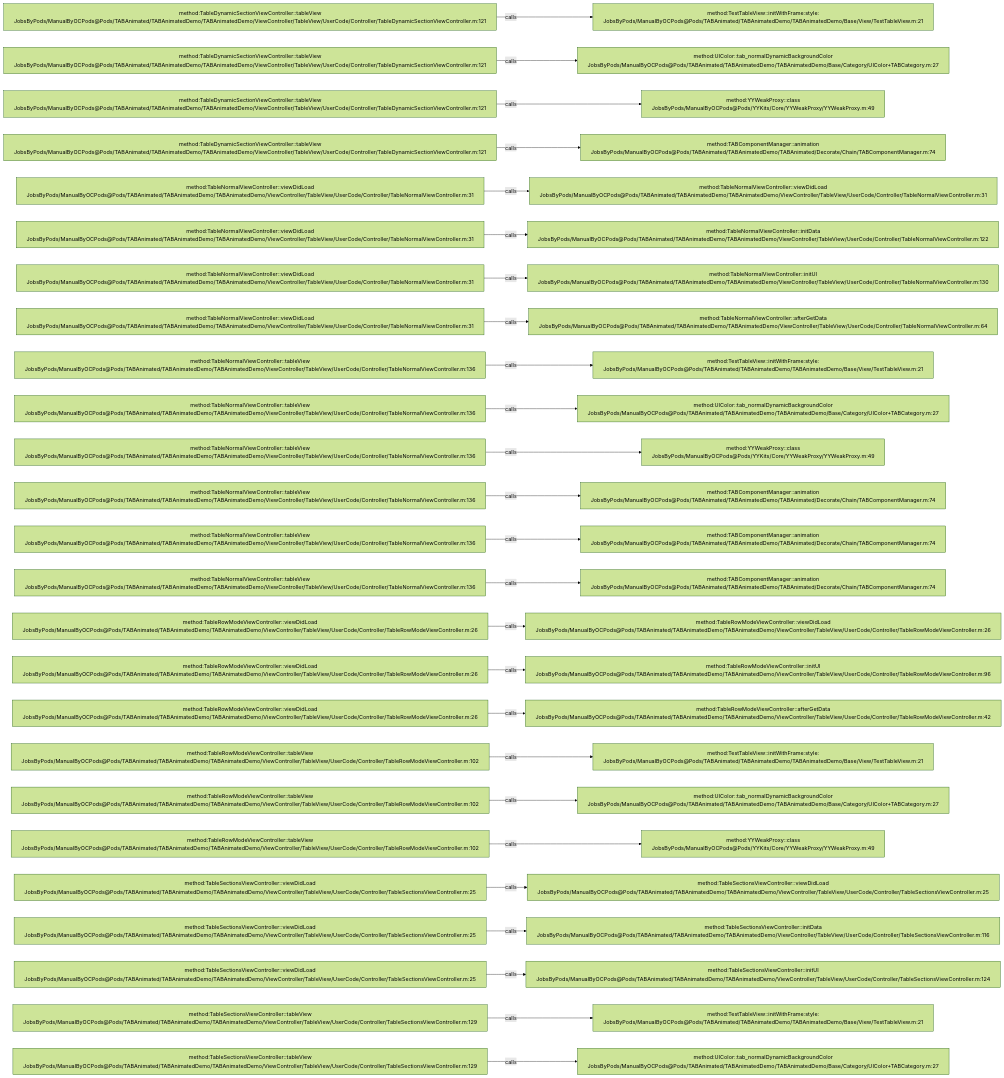
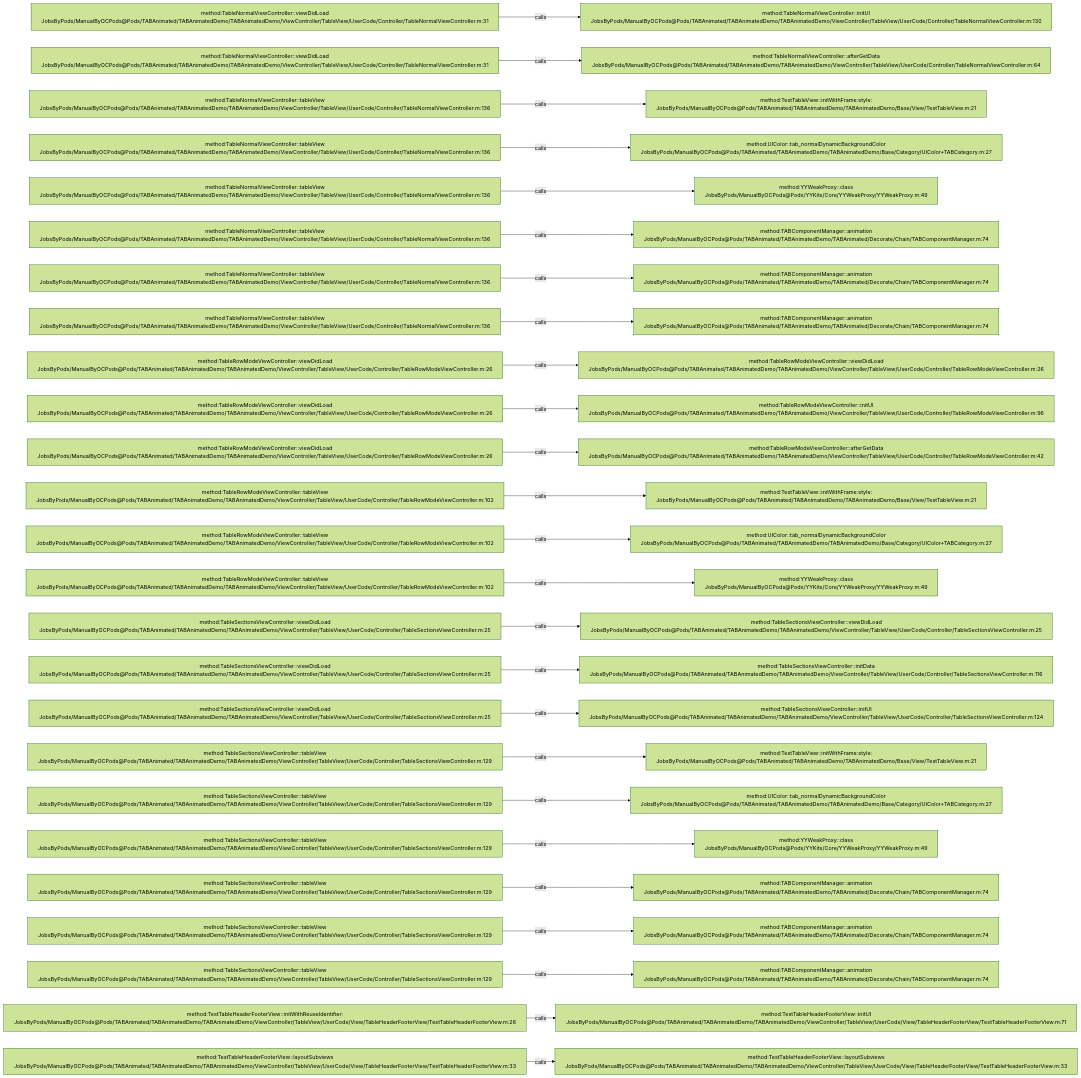
Before and after one commit to JobsKits/JobsOCBaseConfigDemo: the diagram in .codegraph/codegraph.md/graphs/calls-057.md, drawn with Mermaid (forest theme). The commit also changed 666 other files, not shown here.

````diff
--- a/.codegraph/codegraph.md/graphs/calls-057.md
+++ b/.codegraph/codegraph.md/graphs/calls-057.md
@@ -13,78 +13,78 @@
 ```mermaid
 flowchart LR
-  S1["method:TableDynamicSectionViewController::tableView<br/>JobsByPods/ManualByOCPods@Pods/TABAnimated/TABAnimatedDemo/TABAnimatedDemo/ViewController/TableView/UserCode/Controller/TableDynamicSectionViewController.m:121"]
-  T1["method:TestTableView::initWithFrame:style:<br/>JobsByPods/ManualByOCPods@Pods/TABAnimated/TABAnimatedDemo/TABAnimatedDemo/Base/View/TestTableView.m:21"]
+  S1["method:TableNormalViewController::viewDidLoad<br/>JobsByPods/ManualByOCPods@Pods/TABAnimated/TABAnimatedDemo/TABAnimatedDemo/ViewController/TableView/UserCode/Controller/TableNormalViewController.m:31"]
+  T1["method:TableNormalViewController::initUI<br/>JobsByPods/ManualByOCPods@Pods/TABAnimated/TABAnimatedDemo/TABAnimatedDemo/ViewController/TableView/UserCode/Controller/TableNormalViewController.m:130"]
   S1 -->|calls| T1
-  S2["method:TableDynamicSectionViewController::tableView<br/>JobsByPods/ManualByOCPods@Pods/TABAnimated/TABAnimatedDemo/TABAnimatedDemo/ViewController/TableView/UserCode/Controller/TableDynamicSectionViewController.m:121"]
-  T2["method:UIColor::tab_normalDynamicBackgroundColor<br/>JobsByPods/ManualByOCPods@Pods/TABAnimated/TABAnimatedDemo/TABAnimatedDemo/Base/Category/UIColor+TABCategory.m:27"]
+  S2["method:TableNormalViewController::viewDidLoad<br/>JobsByPods/ManualByOCPods@Pods/TABAnimated/TABAnimatedDemo/TABAnimatedDemo/ViewController/TableView/UserCode/Controller/TableNormalViewController.m:31"]
+  T2["method:TableNormalViewController::afterGetData<br/>JobsByPods/ManualByOCPods@Pods/TABAnimated/TABAnimatedDemo/TABAnimatedDemo/ViewController/TableView/UserCode/Controller/TableNormalViewController.m:64"]
   S2 -->|calls| T2
-  S3["method:TableDynamicSectionViewController::tableView<br/>JobsByPods/ManualByOCPods@Pods/TABAnimated/TABAnimatedDemo/TABAnimatedDemo/ViewController/TableView/UserCode/Controller/TableDynamicSectionViewController.m:121"]
-  T3["method:YYWeakProxy::class<br/>JobsByPods/ManualByOCPods@Pods/YYKits/Core/YYWeakProxy/YYWeakProxy.m:49"]
+  S3["method:TableNormalViewController::tableView<br/>JobsByPods/ManualByOCPods@Pods/TABAnimated/TABAnimatedDemo/TABAnimatedDemo/ViewController/TableView/UserCode/Controller/TableNormalViewController.m:136"]
+  T3["method:TestTableView::initWithFrame:style:<br/>JobsByPods/ManualByOCPods@Pods/TABAnimated/TABAnimatedDemo/TABAnimatedDemo/Base/View/TestTableView.m:21"]
   S3 -->|calls| T3
-  S4["method:TableDynamicSectionViewController::tableView<br/>JobsByPods/ManualByOCPods@Pods/TABAnimated/TABAnimatedDemo/TABAnimatedDemo/ViewController/TableView/UserCode/Controller/TableDynamicSectionViewController.m:121"]
-  T4["method:TABComponentManager::animation<br/>JobsByPods/ManualByOCPods@Pods/TABAnimated/TABAnimatedDemo/TABAnimated/Decorate/Chain/TABComponentManager.m:74"]
+  S4["method:TableNormalViewController::tableView<br/>JobsByPods/ManualByOCPods@Pods/TABAnimated/TABAnimatedDemo/TABAnimatedDemo/ViewController/TableView/UserCode/Controller/TableNormalViewController.m:136"]
+  T4["method:UIColor::tab_normalDynamicBackgroundColor<br/>JobsByPods/ManualByOCPods@Pods/TABAnimated/TABAnimatedDemo/TABAnimatedDemo/Base/Category/UIColor+TABCategory.m:27"]
   S4 -->|calls| T4
-  S5["method:TableNormalViewController::viewDidLoad<br/>JobsByPods/ManualByOCPods@Pods/TABAnimated/TABAnimatedDemo/TABAnimatedDemo/ViewController/TableView/UserCode/Controller/TableNormalViewController.m:31"]
-  T5["method:TableNormalViewController::viewDidLoad<br/>JobsByPods/ManualByOCPods@Pods/TABAnimated/TABAnimatedDemo/TABAnimatedDemo/ViewController/TableView/UserCode/Controller/TableNormalViewController.m:31"]
+  S5["method:TableNormalViewController::tableView<br/>JobsByPods/ManualByOCPods@Pods/TABAnimated/TABAnimatedDemo/TABAnimatedDemo/ViewController/TableView/UserCode/Controller/TableNormalViewController.m:136"]
+  T5["method:YYWeakProxy::class<br/>JobsByPods/ManualByOCPods@Pods/YYKits/Core/YYWeakProxy/YYWeakProxy.m:49"]
   S5 -->|calls| T5
-  S6["method:TableNormalViewController::viewDidLoad<br/>JobsByPods/ManualByOCPods@Pods/TABAnimated/TABAnimatedDemo/TABAnimatedDemo/ViewController/TableView/UserCode/Controller/TableNormalViewController.m:31"]
-  T6["method:TableNormalViewController::initData<br/>JobsByPods/ManualByOCPods@Pods/TABAnimated/TABAnimatedDemo/TABAnimatedDemo/ViewController/TableView/UserCode/Controller/TableNormalViewController.m:122"]
+  S6["method:TableNormalViewController::tableView<br/>JobsByPods/ManualByOCPods@Pods/TABAnimated/TABAnimatedDemo/TABAnimatedDemo/ViewController/TableView/UserCode/Controller/TableNormalViewController.m:136"]
+  T6["method:TABComponentManager::animation<br/>JobsByPods/ManualByOCPods@Pods/TABAnimated/TABAnimatedDemo/TABAnimated/Decorate/Chain/TABComponentManager.m:74"]
   S6 -->|calls| T6
-  S7["method:TableNormalViewController::viewDidLoad<br/>JobsByPods/ManualByOCPods@Pods/TABAnimated/TABAnimatedDemo/TABAnimatedDemo/ViewController/TableView/UserCode/Controller/TableNormalViewController.m:31"]
-  T7["method:TableNormalViewController::initUI<br/>JobsByPods/ManualByOCPods@Pods/TABAnimated/TABAnimatedDemo/TABAnimatedDemo/ViewController/TableView/UserCode/Controller/TableNormalViewController.m:130"]
+  S7["method:TableNormalViewController::tableView<br/>JobsByPods/ManualByOCPods@Pods/TABAnimated/TABAnimatedDemo/TABAnimatedDemo/ViewController/TableView/UserCode/Controller/TableNormalViewController.m:136"]
+  T7["method:TABComponentManager::animation<br/>JobsByPods/ManualByOCPods@Pods/TABAnimated/TABAnimatedDemo/TABAnimated/Decorate/Chain/TABComponentManager.m:74"]
   S7 -->|calls| T7
-  S8["method:TableNormalViewController::viewDidLoad<br/>JobsByPods/ManualByOCPods@Pods/TABAnimated/TABAnimatedDemo/TABAnimatedDemo/ViewController/TableView/UserCode/Controller/TableNormalViewController.m:31"]
-  T8["method:TableNormalViewController::afterGetData<br/>JobsByPods/ManualByOCPods@Pods/TABAnimated/TABAnimatedDemo/TABAnimatedDemo/ViewController/TableView/UserCode/Controller/TableNormalViewController.m:64"]
+  S8["method:TableNormalViewController::tableView<br/>JobsByPods/ManualByOCPods@Pods/TABAnimated/TABAnimatedDemo/TABAnimatedDemo/ViewController/TableView/UserCode/Controller/TableNormalViewController.m:136"]
+  T8["method:TABComponentManager::animation<br/>JobsByPods/ManualByOCPods@Pods/TABAnimated/TABAnimatedDemo/TABAnimated/Decorate/Chain/TABComponentManager.m:74"]
   S8 -->|calls| T8
-  S9["method:TableNormalViewController::tableView<br/>JobsByPods/ManualByOCPods@Pods/TABAnimated/TABAnimatedDemo/TABAnimatedDemo/ViewController/TableView/UserCode/Controller/TableNormalViewController.m:136"]
-  T9["method:TestTableView::initWithFrame:style:<br/>JobsByPods/ManualByOCPods@Pods/TABAnimated/TABAnimatedDemo/TABAnimatedDemo/Base/View/TestTableView.m:21"]
+  S9["method:TableRowModeViewController::viewDidLoad<br/>JobsByPods/ManualByOCPods@Pods/TABAnimated/TABAnimatedDemo/TABAnimatedDemo/ViewController/TableView/UserCode/Controller/TableRowModeViewController.m:26"]
+  T9["method:TableRowModeViewController::viewDidLoad<br/>JobsByPods/ManualByOCPods@Pods/TABAnimated/TABAnimatedDemo/TABAnimatedDemo/ViewController/TableView/UserCode/Controller/TableRowModeViewController.m:26"]
   S9 -->|calls| T9
-  S10["method:TableNormalViewController::tableView<br/>JobsByPods/ManualByOCPods@Pods/TABAnimated/TABAnimatedDemo/TABAnimatedDemo/ViewController/TableView/UserCode/Controller/TableNormalViewController.m:136"]
-  T10["method:UIColor::tab_normalDynamicBackgroundColor<br/>JobsByPods/ManualByOCPods@Pods/TABAnimated/TABAnimatedDemo/TABAnimatedDemo/Base/Category/UIColor+TABCategory.m:27"]
+  S10["method:TableRowModeViewController::viewDidLoad<br/>JobsByPods/ManualByOCPods@Pods/TABAnimated/TABAnimatedDemo/TABAnimatedDemo/ViewController/TableView/UserCode/Controller/TableRowModeViewController.m:26"]
+  T10["method:TableRowModeViewController::initUI<br/>JobsByPods/ManualByOCPods@Pods/TABAnimated/TABAnimatedDemo/TABAnimatedDemo/ViewController/TableView/UserCode/Controller/TableRowModeViewController.m:96"]
   S10 -->|calls| T10
-  S11["method:TableNormalViewController::tableView<br/>JobsByPods/ManualByOCPods@Pods/TABAnimated/TABAnimatedDemo/TABAnimatedDemo/ViewController/TableView/UserCode/Controller/TableNormalViewController.m:136"]
-  T11["method:YYWeakProxy::class<br/>JobsByPods/ManualByOCPods@Pods/YYKits/Core/YYWeakProxy/YYWeakProxy.m:49"]
+  S11["method:TableRowModeViewController::viewDidLoad<br/>JobsByPods/ManualByOCPods@Pods/TABAnimated/TABAnimatedDemo/TABAnimatedDemo/ViewController/TableView/UserCode/Controller/TableRowModeViewController.m:26"]
+  T11["method:TableRowModeViewController::afterGetData<br/>JobsByPods/ManualByOCPods@Pods/TABAnimated/TABAnimatedDemo/TABAnimatedDemo/ViewController/TableView/UserCode/Controller/TableRowModeViewController.m:42"]
   S11 -->|calls| T11
-  S12["method:TableNormalViewController::tableView<br/>JobsByPods/ManualByOCPods@Pods/TABAnimated/TABAnimatedDemo/TABAnimatedDemo/ViewController/TableView/UserCode/Controller/TableNormalViewController.m:136"]
-  T12["method:TABComponentManager::animation<br/>JobsByPods/ManualByOCPods@Pods/TABAnimated/TABAnimatedDemo/TABAnimated/Decorate/Chain/TABComponentManager.m:74"]
+  S12["method:TableRowModeViewController::tableView<br/>JobsByPods/ManualByOCPods@Pods/TABAnimated/TABAnimatedDemo/TABAnimatedDemo/ViewController/TableView/UserCode/Controller/TableRowModeViewController.m:102"]
+  T12["method:TestTableView::initWithFrame:style:<br/>JobsByPods/ManualByOCPods@Pods/TABAnimated/TABAnimatedDemo/TABAnimatedDemo/Base/View/TestTableView.m:21"]
   S12 -->|calls| T12
-  S13["method:TableNormalViewController::tableView<br/>JobsByPods/ManualByOCPods@Pods/TABAnimated/TABAnimatedDemo/TABAnimatedDemo/ViewController/TableView/UserCode/Controller/TableNormalViewController.m:136"]
-  T13["method:TABComponentManager::animation<br/>JobsByPods/ManualByOCPods@Pods/TABAnimated/TABAnimatedDemo/TABAnimated/Decorate/Chain/TABComponentManager.m:74"]
+  S13["method:TableRowModeViewController::tableView<br/>JobsByPods/ManualByOCPods@Pods/TABAnimated/TABAnimatedDemo/TABAnimatedDemo/ViewController/TableView/UserCode/Controller/TableRowModeViewController.m:102"]
+  T13["method:UIColor::tab_normalDynamicBackgroundColor<br/>JobsByPods/ManualByOCPods@Pods/TABAnimated/TABAnimatedDemo/TABAnimatedDemo/Base/Category/UIColor+TABCategory.m:27"]
   S13 -->|calls| T13
-  S14["method:TableNormalViewController::tableView<br/>JobsByPods/ManualByOCPods@Pods/TABAnimated/TABAnimatedDemo/TABAnimatedDemo/ViewController/TableView/UserCode/Controller/TableNormalViewController.m:136"]
-  T14["method:TABComponentManager::animation<br/>JobsByPods/ManualByOCPods@Pods/TABAnimated/TABAnimatedDemo/TABAnimated/Decorate/Chain/TABComponentManager.m:74"]
+  S14["method:TableRowModeViewController::tableView<br/>JobsByPods/ManualByOCPods@Pods/TABAnimated/TABAnimatedDemo/TABAnimatedDemo/ViewController/TableView/UserCode/Controller/TableRowModeViewController.m:102"]
+  T14["method:YYWeakProxy::class<br/>JobsByPods/ManualByOCPods@Pods/YYKits/Core/YYWeakProxy/YYWeakProxy.m:49"]
   S14 -->|calls| T14
-  S15["method:TableRowModeViewController::viewDidLoad<br/>JobsByPods/ManualByOCPods@Pods/TABAnimated/TABAnimatedDemo/TABAnimatedDemo/ViewController/TableView/UserCode/Controller/TableRowModeViewController.m:26"]
-  T15["method:TableRowModeViewController::viewDidLoad<br/>JobsByPods/ManualByOCPods@Pods/TABAnimated/TABAnimatedDemo/TABAnimatedDemo/ViewController/TableView/UserCode/Controller/TableRowModeViewController.m:26"]
+  S15["method:TableSectionsViewController::viewDidLoad<br/>JobsByPods/ManualByOCPods@Pods/TABAnimated/TABAnimatedDemo/TABAnimatedDemo/ViewController/TableView/UserCode/Controller/TableSectionsViewController.m:25"]
+  T15["method:TableSectionsViewController::viewDidLoad<br/>JobsByPods/ManualByOCPods@Pods/TABAnimated/TABAnimatedDemo/TABAnimatedDemo/ViewController/TableView/UserCode/Controller/TableSectionsViewController.m:25"]
   S15 -->|calls| T15
-  S16["method:TableRowModeViewController::viewDidLoad<br/>JobsByPods/ManualByOCPods@Pods/TABAnimated/TABAnimatedDemo/TABAnimatedDemo/ViewController/TableView/UserCode/Controller/TableRowModeViewController.m:26"]
-  T16["method:TableRowModeViewController::initUI<br/>JobsByPods/ManualByOCPods@Pods/TABAnimated/TABAnimatedDemo/TABAnimatedDemo/ViewController/TableView/UserCode/Controller/TableRowModeViewController.m:96"]
+  S16["method:TableSectionsViewController::viewDidLoad<br/>JobsByPods/ManualByOCPods@Pods/TABAnimated/TABAnimatedDemo/TABAnimatedDemo/ViewController/TableView/UserCode/Controller/TableSectionsViewController.m:25"]
+  T16["method:TableSectionsViewController::initData<br/>JobsByPods/ManualByOCPods@Pods/TABAnimated/TABAnimatedDemo/TABAnimatedDemo/ViewController/TableView/UserCode/Controller/TableSectionsViewController.m:116"]
   S16 -->|calls| T16
-  S17["method:TableRowModeViewController::viewDidLoad<br/>JobsByPods/ManualByOCPods@Pods/TABAnimated/TABAnimatedDemo/TABAnimatedDemo/ViewController/TableView/UserCode/Controller/TableRowModeViewController.m:26"]
-  T17["method:TableRowModeViewController::afterGetData<br/>JobsByPods/ManualByOCPods@Pods/TABAnimated/TABAnimatedDemo/TABAnimatedDemo/ViewController/TableView/UserCode/Controller/TableRowModeViewController.m:42"]
+  S17["method:TableSectionsViewController::viewDidLoad<br/>JobsByPods/ManualByOCPods@Pods/TABAnimated/TABAnimatedDemo/TABAnimatedDemo/ViewController/TableView/UserCode/Controller/TableSectionsViewController.m:25"]
+  T17["method:TableSectionsViewController::initUI<br/>JobsByPods/ManualByOCPods@Pods/TABAnimated/TABAnimatedDemo/TABAnimatedDemo/ViewController/TableView/UserCode/Controller/TableSectionsViewController.m:124"]
   S17 -->|calls| T17
-  S18["method:TableRowModeViewController::tableView<br/>JobsByPods/ManualByOCPods@Pods/TABAnimated/TABAnimatedDemo/TABAnimatedDemo/ViewController/TableView/UserCode/Controller/TableRowModeViewController.m:102"]
+  S18["method:TableSectionsViewController::tableView<br/>JobsByPods/ManualByOCPods@Pods/TABAnimated/TABAnimatedDemo/TABAnimatedDemo/ViewController/TableView/UserCode/Controller/TableSectionsViewController.m:129"]
   T18["method:TestTableView::initWithFrame:style:<br/>JobsByPods/ManualByOCPods@Pods/TABAnimated/TABAnimatedDemo/TABAnimatedDemo/Base/View/TestTableView.m:21"]
   S18 -->|calls| T18
-  S19["method:TableRowModeViewController::tableView<br/>JobsByPods/ManualByOCPods@Pods/TABAnimated/TABAnimatedDemo/TABAnimatedDemo/ViewController/TableView/UserCode/Controller/TableRowModeViewController.m:102"]
+  S19["method:TableSectionsViewController::tableView<br/>JobsByPods/ManualByOCPods@Pods/TABAnimated/TABAnimatedDemo/TABAnimatedDemo/ViewController/TableView/UserCode/Controller/TableSectionsViewController.m:129"]
   T19["method:UIColor::tab_normalDynamicBackgroundColor<br/>JobsByPods/ManualByOCPods@Pods/TABAnimated/TABAnimatedDemo/TABAnimatedDemo/Base/Category/UIColor+TABCategory.m:27"]
   S19 -->|calls| T19
-  S20["method:TableRowModeViewController::tableView<br/>JobsByPods/ManualByOCPods@Pods/TABAnimated/TABAnimatedDemo/TABAnimatedDemo/ViewController/TableView/UserCode/Controller/TableRowModeViewController.m:102"]
+  S20["method:TableSectionsViewController::tableView<br/>JobsByPods/ManualByOCPods@Pods/TABAnimated/TABAnimatedDemo/TABAnimatedDemo/ViewController/TableView/UserCode/Controller/TableSectionsViewController.m:129"]
   T20["method:YYWeakProxy::class<br/>JobsByPods/ManualByOCPods@Pods/YYKits/Core/YYWeakProxy/YYWeakProxy.m:49"]
   S20 -->|calls| T20
-  S21["method:TableSectionsViewController::viewDidLoad<br/>JobsByPods/ManualByOCPods@Pods/TABAnimated/TABAnimatedDemo/TABAnimatedDemo/ViewController/TableView/UserCode/Controller/TableSectionsViewController.m:25"]
-  T21["method:TableSectionsViewController::viewDidLoad<br/>JobsByPods/ManualByOCPods@Pods/TABAnimated/TABAnimatedDemo/TABAnimatedDemo/ViewController/TableView/UserCode/Controller/TableSectionsViewController.m:25"]
+  S21["method:TableSectionsViewController::tableView<br/>JobsByPods/ManualByOCPods@Pods/TABAnimated/TABAnimatedDemo/TABAnimatedDemo/ViewController/TableView/UserCode/Controller/TableSectionsViewController.m:129"]
+  T21["method:TABComponentManager::animation<br/>JobsByPods/ManualByOCPods@Pods/TABAnimated/TABAnimatedDemo/TABAnimated/Decorate/Chain/TABComponentManager.m:74"]
   S21 -->|calls| T21
-  S22["method:TableSectionsViewController::viewDidLoad<br/>JobsByPods/ManualByOCPods@Pods/TABAnimated/TABAnimatedDemo/TABAnimatedDemo/ViewController/TableView/UserCode/Controller/TableSectionsViewController.m:25"]
-  T22["method:TableSectionsViewController::initData<br/>JobsByPods/ManualByOCPods@Pods/TABAnimated/TABAnimatedDemo/TABAnimatedDemo/ViewController/TableView/UserCode/Controller/TableSectionsViewController.m:116"]
+  S22["method:TableSectionsViewController::tableView<br/>JobsByPods/ManualByOCPods@Pods/TABAnimated/TABAnimatedDemo/TABAnimatedDemo/ViewController/TableView/UserCode/Controller/TableSectionsViewController.m:129"]
+  T22["method:TABComponentManager::animation<br/>JobsByPods/ManualByOCPods@Pods/TABAnimated/TABAnimatedDemo/TABAnimated/Decorate/Chain/TABComponentManager.m:74"]
   S22 -->|calls| T22
-  S23["method:TableSectionsViewController::viewDidLoad<br/>JobsByPods/ManualByOCPods@Pods/TABAnimated/TABAnimatedDemo/TABAnimatedDemo/ViewController/TableView/UserCode/Controller/TableSectionsViewController.m:25"]
-  T23["method:TableSectionsViewController::initUI<br/>JobsByPods/ManualByOCPods@Pods/TABAnimated/TABAnimatedDemo/TABAnimatedDemo/ViewController/TableView/UserCode/Controller/TableSectionsViewController.m:124"]
+  S23["method:TableSectionsViewController::tableView<br/>JobsByPods/ManualByOCPods@Pods/TABAnimated/TABAnimatedDemo/TABAnimatedDemo/ViewController/TableView/UserCode/Controller/TableSectionsViewController.m:129"]
+  T23["method:TABComponentManager::animation<br/>JobsByPods/ManualByOCPods@Pods/TABAnimated/TABAnimatedDemo/TABAnimated/Decorate/Chain/TABComponentManager.m:74"]
   S23 -->|calls| T23
-  S24["method:TableSectionsViewController::tableView<br/>JobsByPods/ManualByOCPods@Pods/TABAnimated/TABAnimatedDemo/TABAnimatedDemo/ViewController/TableView/UserCode/Controller/TableSectionsViewController.m:129"]
-  T24["method:TestTableView::initWithFrame:style:<br/>JobsByPods/ManualByOCPods@Pods/TABAnimated/TABAnimatedDemo/TABAnimatedDemo/Base/View/TestTableView.m:21"]
+  S24["method:TestTableHeaderFooterView::initWithReuseIdentifier:<br/>JobsByPods/ManualByOCPods@Pods/TABAnimated/TABAnimatedDemo/TABAnimatedDemo/ViewController/TableView/UserCode/View/TableHeaderFooterView/TestTableHeaderFooterView.m:26"]
+  T24["method:TestTableHeaderFooterView::initUI<br/>JobsByPods/ManualByOCPods@Pods/TABAnimated/TABAnimatedDemo/TABAnimatedDemo/ViewController/TableView/UserCode/View/TableHeaderFooterView/TestTableHeaderFooterView.m:71"]
   S24 -->|calls| T24
-  S25["method:TableSectionsViewController::tableView<br/>JobsByPods/ManualByOCPods@Pods/TABAnimated/TABAnimatedDemo/TABAnimatedDemo/ViewController/TableView/UserCode/Controller/TableSectionsViewController.m:129"]
-  T25["method:UIColor::tab_normalDynamicBackgroundColor<br/>JobsByPods/ManualByOCPods@Pods/TABAnimated/TABAnimatedDemo/TABAnimatedDemo/Base/Category/UIColor+TABCategory.m:27"]
+  S25["method:TestTableHeaderFooterView::layoutSubviews<br/>JobsByPods/ManualByOCPods@Pods/TABAnimated/TABAnimatedDemo/TABAnimatedDemo/ViewController/TableView/UserCode/View/TableHeaderFooterView/TestTableHeaderFooterView.m:33"]
+  T25["method:TestTableHeaderFooterView::layoutSubviews<br/>JobsByPods/ManualByOCPods@Pods/TABAnimated/TABAnimatedDemo/TABAnimatedDemo/ViewController/TableView/UserCode/View/TableHeaderFooterView/TestTableHeaderFooterView.m:33"]
   S25 -->|calls| T25
 ```
````
